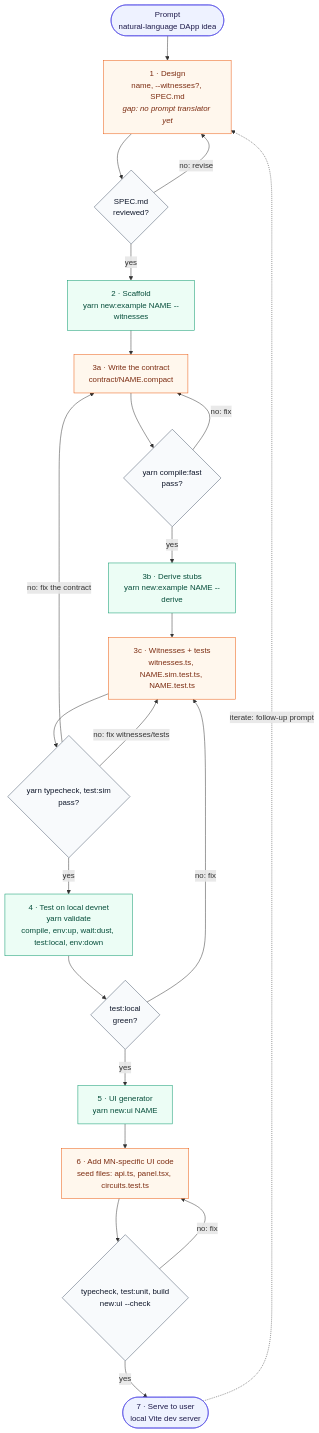
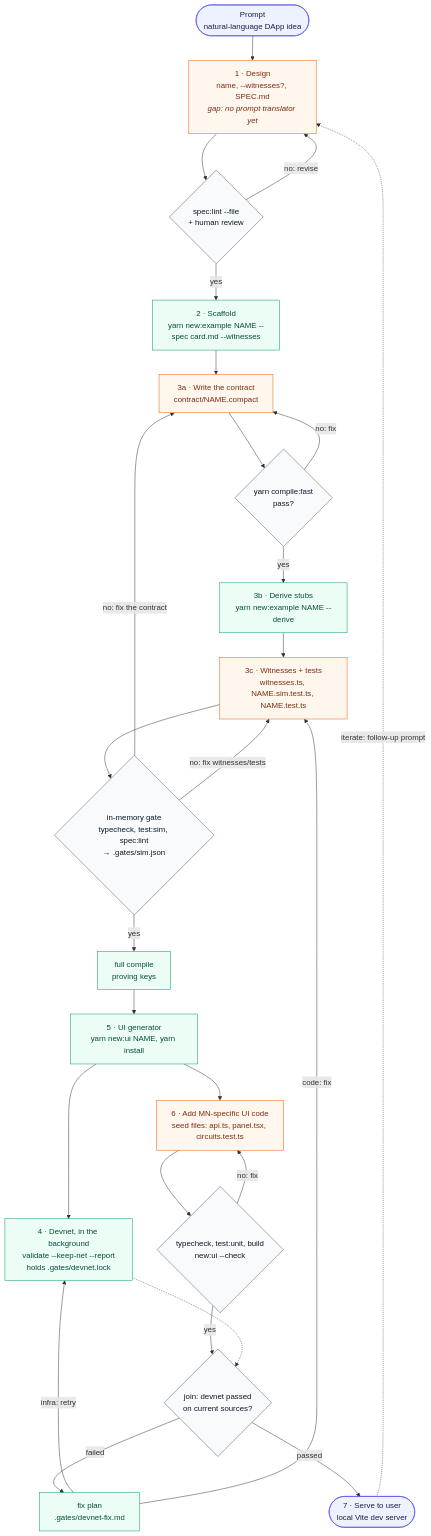
One commit to midnightntwrk/midnight-examples changed the second of 2 diagrams in docs/generation-flow.md. Above: the diagram before and after it, drawn with Mermaid. The commit also changed other lines of this file and 9 other files, not shown here.

First line of the commit message:
Document Phase 3: the background devnet, the runner and the SPEC lint

````diff
--- a/docs/generation-flow.md
+++ b/docs/generation-flow.md
@@ -31,38 +36,44 @@
 ```mermaid
 flowchart TD
   P(["Prompt<br/>natural-language DApp idea"]):::io
   T["1 · Design<br/>name, --witnesses?, SPEC.md<br/><i>gap: no prompt translator yet</i>"]:::reason
-  H{"SPEC.md<br/>reviewed?"}:::gate
-  S["2 · Scaffold<br/>yarn new:example NAME --witnesses"]:::script
+  H{"spec:lint --file<br/>+ human review"}:::gate
+  S["2 · Scaffold<br/>yarn new:example NAME --spec card.md --witnesses"]:::script
   R1["3a · Write the contract<br/>contract/NAME.compact"]:::reason
   C{"yarn compile:fast<br/>pass?"}:::gate
   DV["3b · Derive stubs<br/>yarn new:example NAME --derive"]:::script
   R3["3c · Witnesses + tests<br/>witnesses.ts, NAME.sim.test.ts, NAME.test.ts"]:::reason
-  M{"yarn typecheck, test:sim<br/>pass?"}:::gate
-  D["4 · Test on local devnet<br/>yarn validate<br/>compile, env:up, wait:dust, test:local, env:down"]:::script
-  G{"test:local<br/>green?"}:::gate
-  U["5 · UI generator<br/>yarn new:ui NAME"]:::script
+  M{"in-memory gate<br/>typecheck, test:sim, spec:lint<br/>→ .gates/sim.json"}:::gate
+  FC["full compile<br/>proving keys"]:::script
+  U["5 · UI generator<br/>yarn new:ui NAME, yarn install"]:::script
+  D["4 · Devnet, in the background<br/>validate --keep-net --report<br/>holds .gates/devnet.lock"]:::script
   R2["6 · Add MN-specific UI code<br/>seed files: api.ts, panel.tsx, circuits.test.ts"]:::reason
   B{"typecheck, test:unit, build<br/>new:ui --check"}:::gate
+  J{"join: devnet passed<br/>on current sources?"}:::gate
+  FX["fix plan<br/>.gates/devnet-fix.md"]:::script
   O(["7 · Serve to user<br/>local Vite dev server"]):::io
 
   P --> T --> H
   H -- "no: revise" --> T
   H -- yes --> S --> R1 --> C
   C -- "no: fix" --> R1
   C -- yes --> DV --> R3 --> M
   M -- "no: fix the contract" --> R1
   M -- "no: fix witnesses/tests" --> R3
-  M -- yes --> D --> G
-  G -- "no: fix" --> R3
-  G -- yes --> U --> R2 --> B
+  M -- yes --> FC --> U --> D
+  U --> R2 --> B
   B -- "no: fix" --> R2
-  B -- yes --> O
+  B -- yes --> J
+  D -.-> J
+  J -- "failed" --> FX
+  FX -- "infra: retry" --> D
+  FX -- "code: fix" --> R3
+  J -- "passed" --> O
   O -. "iterate: follow-up prompt" .-> T
 
   classDef io fill:#eef2ff,stroke:#4f46e5,color:#1e1b4b
   classDef script fill:#ecfdf5,stroke:#059669,color:#064e3b
   classDef reason fill:#fff7ed,stroke:#ea580c,color:#7c2d12
   classDef gate fill:#f8fafc,stroke:#475569,color:#0f172a
   classDef gap fill:#f1f5f9,stroke:#94a3b8,color:#475569,stroke-dasharray: 4 3
 ```
````
